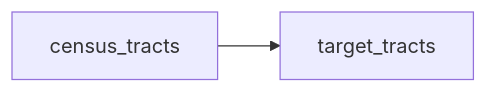
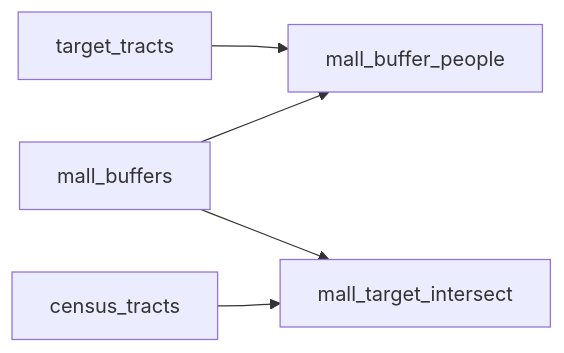
Before and after one commit to kielni/alidade: the diagram in projects/lab4/README.md, drawn with Mermaid. The commit also changed other lines of this file and 2 other files, not shown here.

````diff
--- a/projects/lab4/README.md
+++ b/projects/lab4/README.md
@@ -26,4 +33,7 @@
 ```mermaid
 flowchart LR
-    census_tracts --> target_tracts
+    target_tracts --> mall_buffer_people
+    mall_buffers --> mall_buffer_people
+    mall_buffers --> mall_target_intersect
+    census_tracts --> mall_target_intersect
 ```
````
